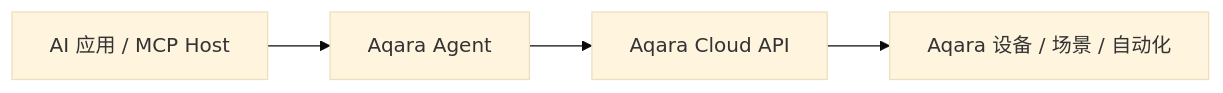
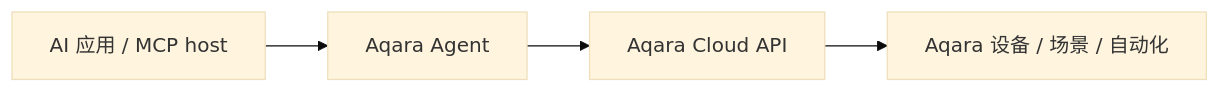
One commit to aqara/aqara-mcp-server changed the diagram in README_CN.md. Above: the diagram before and after it, drawn with Mermaid (base theme). The commit also changed other lines of this file and 8 other files, not shown here.

````diff
--- a/README_CN.md
+++ b/README_CN.md
@@ -75,6 +75,6 @@
 ```mermaid
 graph LR
-    A[AI 应用 / MCP Host] --> B[Aqara Agent]
+    A[AI 应用 / MCP host] --> B[Aqara Agent]
     B --> C[Aqara Cloud API]
     C --> D[Aqara 设备 / 场景 / 自动化]
 ```
````
